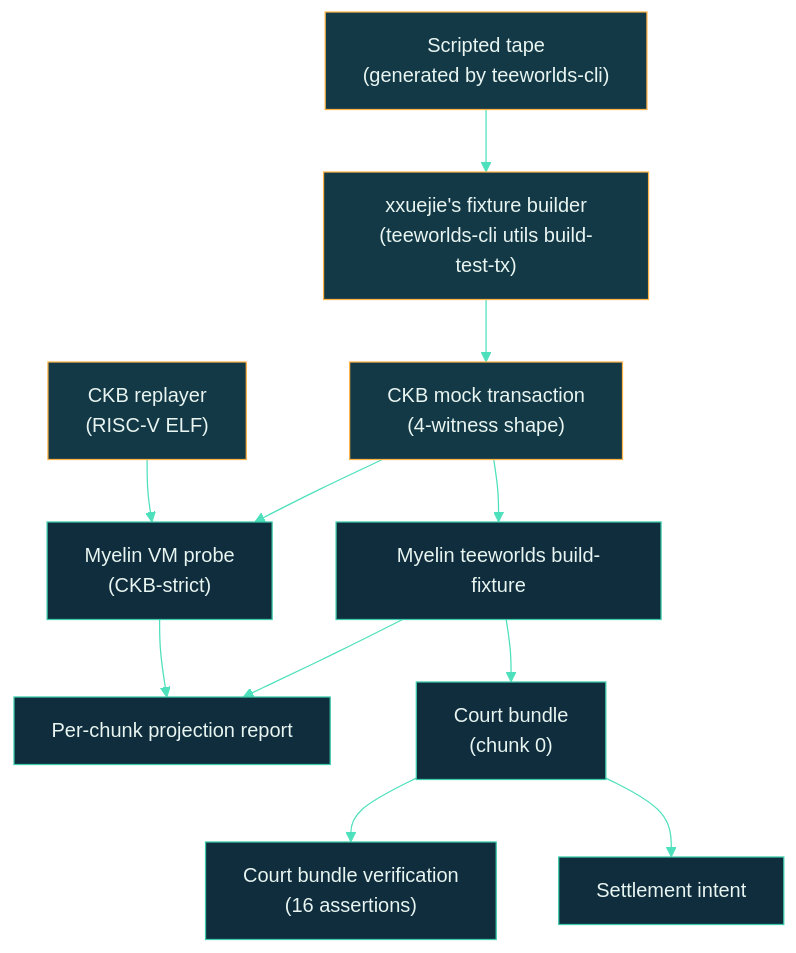
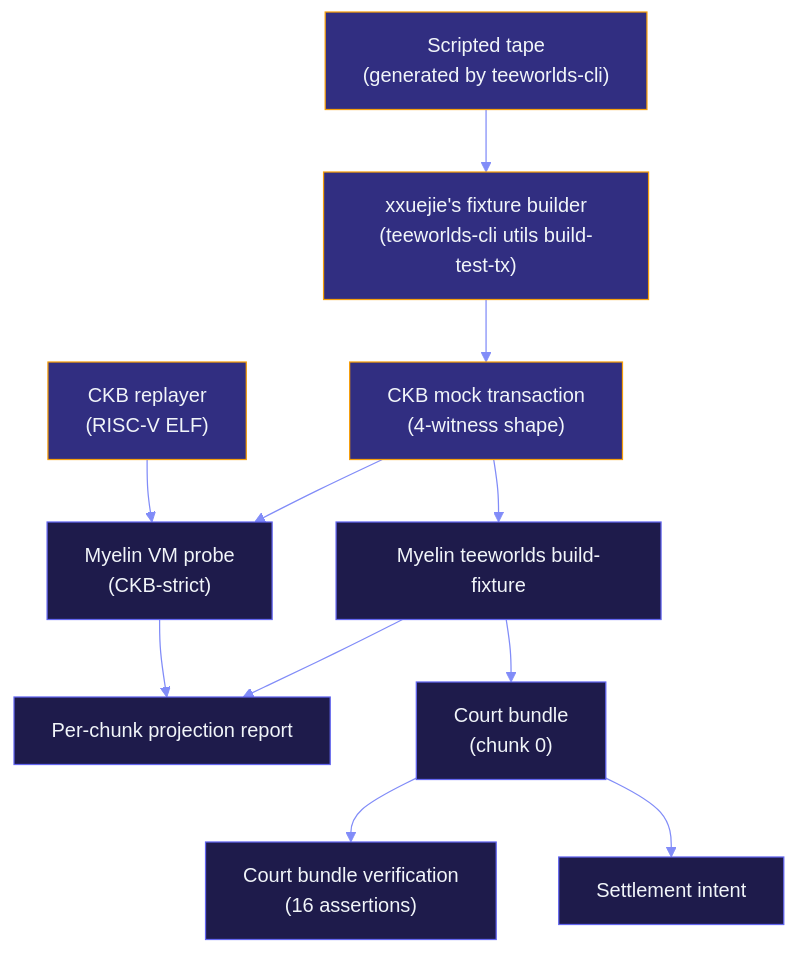
Before and after one commit to Myelin-Labs/Myelin: the diagram in docs/tutorials/teeworlds-end-to-end.md, drawn with Mermaid. The commit also changed 31 other files, not shown here.

````diff
--- a/docs/tutorials/teeworlds-end-to-end.md
+++ b/docs/tutorials/teeworlds-end-to-end.md
@@ -11,34 +11,34 @@
 ```mermaid
 %%{init: {
   "theme": "base",
   "themeVariables": {
-    "primaryColor": "#0F2D3D",
-    "primaryTextColor": "#E8F5F1",
-    "primaryBorderColor": "#3CCBAA",
-    "lineColor": "#4EE0BC",
-    "secondaryColor": "#143946",
-    "tertiaryColor": "#1A4253"
+    "primaryColor": "#1E1B4B",
+    "primaryTextColor": "#F1F5F9",
+    "primaryBorderColor": "#6366F1",
+    "lineColor": "#818CF8",
+    "secondaryColor": "#312E81",
+    "tertiaryColor": "#3730A3"
   }
 }}%%
 flowchart TB
     A["Scripted tape<br/>(generated by teeworlds-cli)"]:::off
     B["xxuejie's fixture builder<br/>(teeworlds-cli utils build-test-tx)"]:::off
     C["CKB mock transaction<br/>(4-witness shape)"]:::off
     D["Myelin teeworlds build-fixture"]:::l2
     E["CKB replayer<br/>(RISC-V ELF)"]:::off
     F["Myelin VM probe<br/>(CKB-strict)"]:::l2
     G["Per-chunk projection report"]:::l2
     H["Court bundle<br/>(chunk 0)"]:::l2
     I["Court bundle verification<br/>(16 assertions)"]:::l2
     J["Settlement intent"]:::l2
 
     A --> B --> C --> D
     E --> F --> G
     C --> F
     D --> G
     D --> H --> I
     H --> J
 
-    classDef off fill:#143946,stroke:#FFB347,color:#E8F5F1;
-    classDef l2  fill:#0F2D3D,stroke:#3CCBAA,color:#E8F5F1;
+    classDef off fill:#312E81,stroke:#F59E0B,color:#F1F5F9;
+    classDef l2  fill:#1E1B4B,stroke:#6366F1,color:#F1F5F9;
 ```
````
